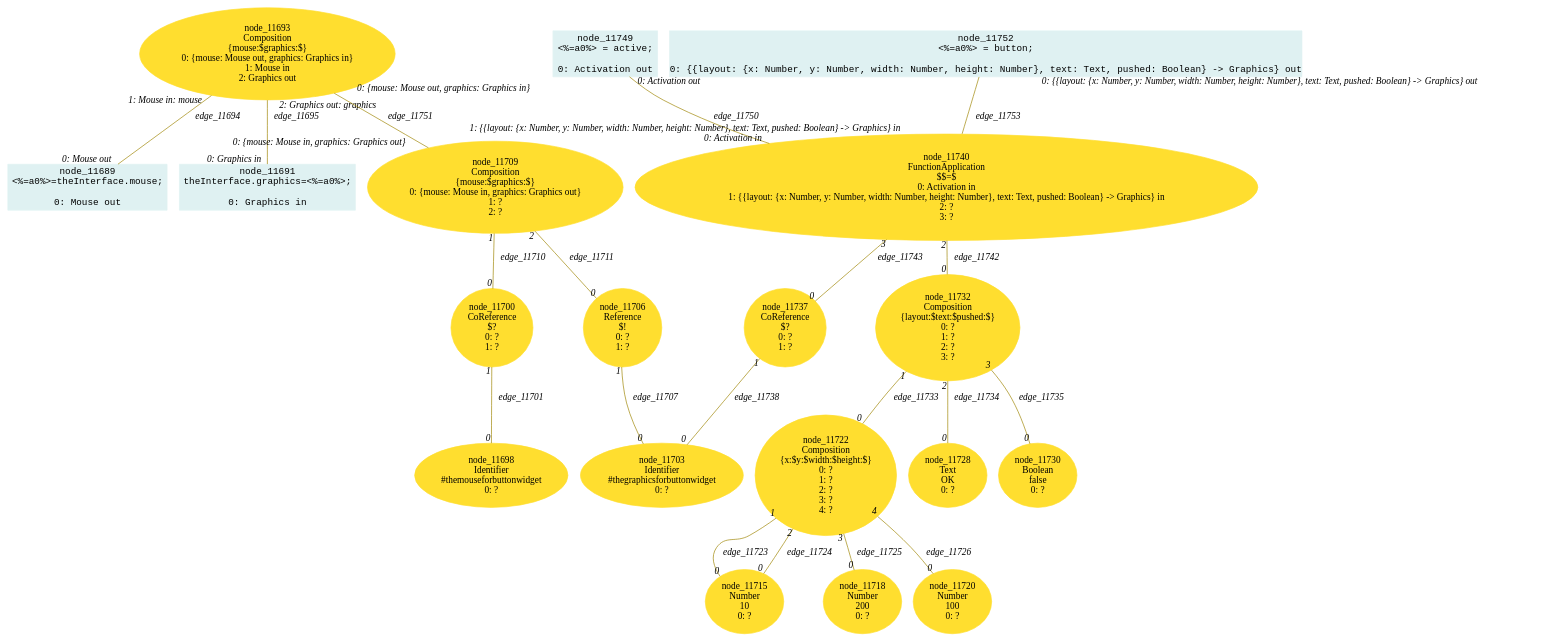
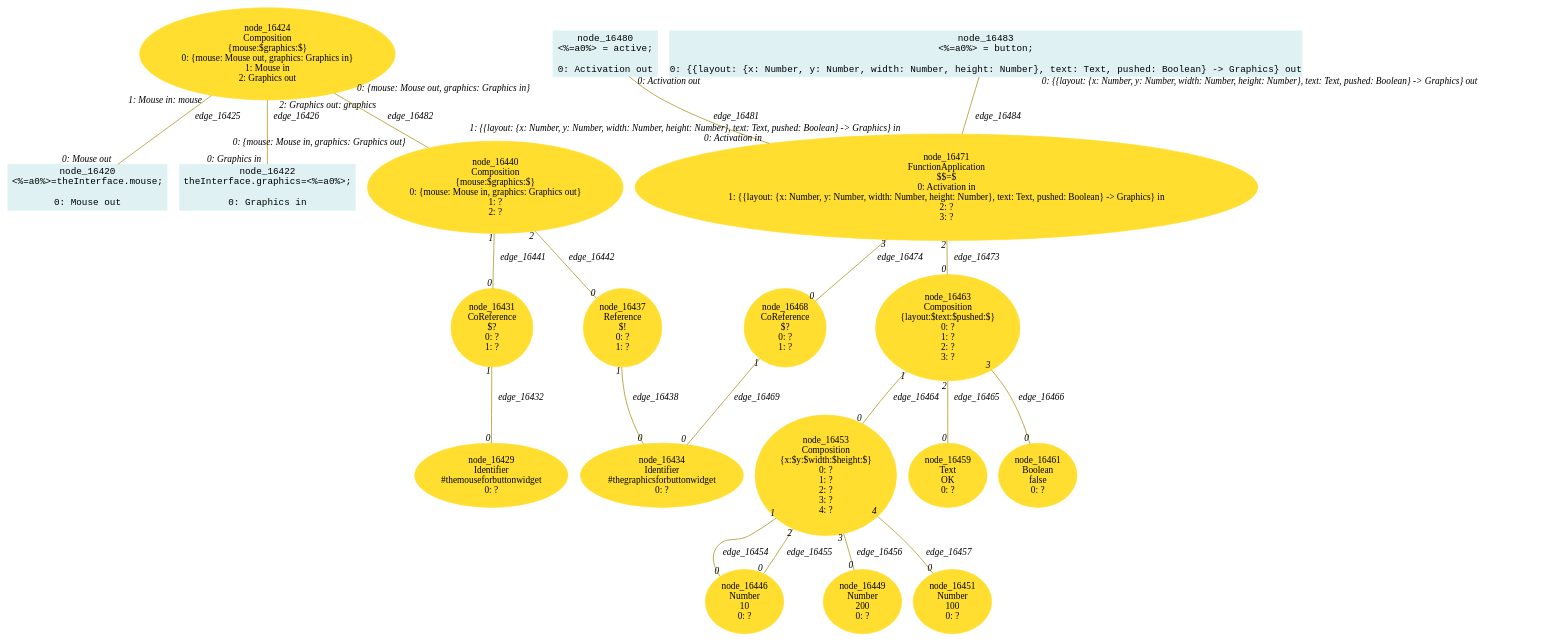
The diagram in lidl-core/example/ok/uiButton/dot/19createDataFlowDirection3.dot (crubier/lidl), drawn with Graphviz before and after one commit. The commit also changed 1656 other files, not shown here.

```diff
--- a/lidl-core/example/ok/uiButton/dot/19createDataFlowDirection3.dot
+++ b/lidl-core/example/ok/uiButton/dot/19createDataFlowDirection3.dot
@@ -1,113 +1,113 @@
-digraph g{node_11689 [shape="box", style="filled", color="#dff1f2", fontname="Courier", label="node_11689
+digraph g{node_16420 [shape="box", style="filled", color="#dff1f2", fontname="Courier", label="node_16420
 <%=a0%>=theInterface.mouse;
 
 0: Mouse out" ]
-node_11691 [shape="box", style="filled", color="#dff1f2", fontname="Courier", label="node_11691
+node_16422 [shape="box", style="filled", color="#dff1f2", fontname="Courier", label="node_16422
 theInterface.graphics=<%=a0%>;
 
 0: Graphics in" ]
-node_11693 [shape="ellipse", style="filled", color="#ffde2f", fontname="Times", label="node_11693
+node_16424 [shape="ellipse", style="filled", color="#ffde2f", fontname="Times", label="node_16424
 Composition
 {mouse:$graphics:$}
 0: {mouse: Mouse out, graphics: Graphics in}
 1: Mouse in
 2: Graphics out" ]
-node_11698 [shape="ellipse", style="filled", color="#ffde2f", fontname="Times", label="node_11698
+node_16429 [shape="ellipse", style="filled", color="#ffde2f", fontname="Times", label="node_16429
 Identifier
 #themouseforbuttonwidget
 0: ?" ]
-node_11700 [shape="ellipse", style="filled", color="#ffde2f", fontname="Times", label="node_11700
+node_16431 [shape="ellipse", style="filled", color="#ffde2f", fontname="Times", label="node_16431
 CoReference
 $?
 0: ?
 1: ?" ]
-node_11703 [shape="ellipse", style="filled", color="#ffde2f", fontname="Times", label="node_11703
+node_16434 [shape="ellipse", style="filled", color="#ffde2f", fontname="Times", label="node_16434
 Identifier
 #thegraphicsforbuttonwidget
 0: ?" ]
-node_11706 [shape="ellipse", style="filled", color="#ffde2f", fontname="Times", label="node_11706
+node_16437 [shape="ellipse", style="filled", color="#ffde2f", fontname="Times", label="node_16437
 Reference
 $!
 0: ?
 1: ?" ]
-node_11709 [shape="ellipse", style="filled", color="#ffde2f", fontname="Times", label="node_11709
+node_16440 [shape="ellipse", style="filled", color="#ffde2f", fontname="Times", label="node_16440
 Composition
 {mouse:$graphics:$}
 0: {mouse: Mouse in, graphics: Graphics out}
 1: ?
 2: ?" ]
-node_11715 [shape="ellipse", style="filled", color="#ffde2f", fontname="Times", label="node_11715
+node_16446 [shape="ellipse", style="filled", color="#ffde2f", fontname="Times", label="node_16446
 Number
 10
 0: ?" ]
-node_11718 [shape="ellipse", style="filled", color="#ffde2f", fontname="Times", label="node_11718
+node_16449 [shape="ellipse", style="filled", color="#ffde2f", fontname="Times", label="node_16449
 Number
 200
 0: ?" ]
-node_11720 [shape="ellipse", style="filled", color="#ffde2f", fontname="Times", label="node_11720
+node_16451 [shape="ellipse", style="filled", color="#ffde2f", fontname="Times", label="node_16451
 Number
 100
 0: ?" ]
-node_11722 [shape="ellipse", style="filled", color="#ffde2f", fontname="Times", label="node_11722
+node_16453 [shape="ellipse", style="filled", color="#ffde2f", fontname="Times", label="node_16453
 Composition
 {x:$y:$width:$height:$}
 0: ?
 1: ?
 2: ?
 3: ?
 4: ?" ]
-node_11728 [shape="ellipse", style="filled", color="#ffde2f", fontname="Times", label="node_11728
+node_16459 [shape="ellipse", style="filled", color="#ffde2f", fontname="Times", label="node_16459
 Text
 OK
 0: ?" ]
-node_11730 [shape="ellipse", style="filled", color="#ffde2f", fontname="Times", label="node_11730
+node_16461 [shape="ellipse", style="filled", color="#ffde2f", fontname="Times", label="node_16461
 Boolean
 false
 0: ?" ]
-node_11732 [shape="ellipse", style="filled", color="#ffde2f", fontname="Times", label="node_11732
+node_16463 [shape="ellipse", style="filled", color="#ffde2f", fontname="Times", label="node_16463
 Composition
 {layout:$text:$pushed:$}
 0: ?
 1: ?
 2: ?
 3: ?" ]
-node_11737 [shape="ellipse", style="filled", color="#ffde2f", fontname="Times", label="node_11737
+node_16468 [shape="ellipse", style="filled", color="#ffde2f", fontname="Times", label="node_16468
 CoReference
 $?
 0: ?
 1: ?" ]
-node_11740 [shape="ellipse", style="filled", color="#ffde2f", fontname="Times", label="node_11740
+node_16471 [shape="ellipse", style="filled", color="#ffde2f", fontname="Times", label="node_16471
 FunctionApplication
 $$=$
 0: Activation in
 1: {{layout: {x: Number, y: Number, width: Number, height: Number}, text: Text, pushed: Boolean} -> Graphics} in
 2: ?
 3: ?" ]
-node_11749 [shape="box", style="filled", color="#dff1f2", fontname="Courier", label="node_11749
+node_16480 [shape="box", style="filled", color="#dff1f2", fontname="Courier", label="node_16480
 <%=a0%> = active;
 
 0: Activation out" ]
-node_11752 [shape="box", style="filled", color="#dff1f2", fontname="Courier", label="node_11752
+node_16483 [shape="box", style="filled", color="#dff1f2", fontname="Courier", label="node_16483
 <%=a0%> = button;
 
 0: {{layout: {x: Number, y: Number, width: Number, height: Number}, text: Text, pushed: Boolean} -> Graphics} out" ]
-node_11693 -> node_11689 [dir=none, arrowHead=none, fontname="Times-Italic", arrowsize=1, color="#9d8400", label="edge_11694",  headlabel="0: Mouse out", taillabel="1: Mouse in: mouse" ]
-node_11693 -> node_11691 [dir=none, arrowHead=none, fontname="Times-Italic", arrowsize=1, color="#9d8400", label="edge_11695",  headlabel="0: Graphics in", taillabel="2: Graphics out: graphics" ]
-node_11700 -> node_11698 [dir=none, arrowHead=none, fontname="Times-Italic", arrowsize=1, color="#9d8400", label="edge_11701",  headlabel="0", taillabel="1" ]
-node_11706 -> node_11703 [dir=none, arrowHead=none, fontname="Times-Italic", arrowsize=1, color="#9d8400", label="edge_11707",  headlabel="0", taillabel="1" ]
-node_11709 -> node_11700 [dir=none, arrowHead=none, fontname="Times-Italic", arrowsize=1, color="#9d8400", label="edge_11710",  headlabel="0", taillabel="1" ]
-node_11709 -> node_11706 [dir=none, arrowHead=none, fontname="Times-Italic", arrowsize=1, color="#9d8400", label="edge_11711",  headlabel="0", taillabel="2" ]
-node_11722 -> node_11715 [dir=none, arrowHead=none, fontname="Times-Italic", arrowsize=1, color="#9d8400", label="edge_11723",  headlabel="0", taillabel="1" ]
-node_11722 -> node_11715 [dir=none, arrowHead=none, fontname="Times-Italic", arrowsize=1, color="#9d8400", label="edge_11724",  headlabel="0", taillabel="2" ]
-node_11722 -> node_11718 [dir=none, arrowHead=none, fontname="Times-Italic", arrowsize=1, color="#9d8400", label="edge_11725",  headlabel="0", taillabel="3" ]
-node_11722 -> node_11720 [dir=none, arrowHead=none, fontname="Times-Italic", arrowsize=1, color="#9d8400", label="edge_11726",  headlabel="0", taillabel="4" ]
-node_11732 -> node_11722 [dir=none, arrowHead=none, fontname="Times-Italic", arrowsize=1, color="#9d8400", label="edge_11733",  headlabel="0", taillabel="1" ]
-node_11732 -> node_11728 [dir=none, arrowHead=none, fontname="Times-Italic", arrowsize=1, color="#9d8400", label="edge_11734",  headlabel="0", taillabel="2" ]
-node_11732 -> node_11730 [dir=none, arrowHead=none, fontname="Times-Italic", arrowsize=1, color="#9d8400", label="edge_11735",  headlabel="0", taillabel="3" ]
-node_11737 -> node_11703 [dir=none, arrowHead=none, fontname="Times-Italic", arrowsize=1, color="#9d8400", label="edge_11738",  headlabel="0", taillabel="1" ]
-node_11740 -> node_11732 [dir=none, arrowHead=none, fontname="Times-Italic", arrowsize=1, color="#9d8400", label="edge_11742",  headlabel="0", taillabel="2" ]
-node_11740 -> node_11737 [dir=none, arrowHead=none, fontname="Times-Italic", arrowsize=1, color="#9d8400", label="edge_11743",  headlabel="0", taillabel="3" ]
-node_11749 -> node_11740 [dir=none, arrowHead=none, fontname="Times-Italic", arrowsize=1, color="#9d8400", label="edge_11750",  headlabel="0: Activation in", taillabel="0: Activation out" ]
-node_11693 -> node_11709 [dir=none, arrowHead=none, fontname="Times-Italic", arrowsize=1, color="#9d8400", label="edge_11751",  headlabel="0: {mouse: Mouse in, graphics: Graphics out}", taillabel="0: {mouse: Mouse out, graphics: Graphics in}" ]
-node_11752 -> node_11740 [dir=none, arrowHead=none, fontname="Times-Italic", arrowsize=1, color="#9d8400", label="edge_11753",  headlabel="1: {{layout: {x: Number, y: Number, width: Number, height: Number}, text: Text, pushed: Boolean} -> Graphics} in", taillabel="0: {{layout: {x: Number, y: Number, width: Number, height: Number}, text: Text, pushed: Boolean} -> Graphics} out" ]
+node_16424 -> node_16420 [dir=none, arrowHead=none, fontname="Times-Italic", arrowsize=1, color="#9d8400", label="edge_16425",  headlabel="0: Mouse out", taillabel="1: Mouse in: mouse" ]
+node_16424 -> node_16422 [dir=none, arrowHead=none, fontname="Times-Italic", arrowsize=1, color="#9d8400", label="edge_16426",  headlabel="0: Graphics in", taillabel="2: Graphics out: graphics" ]
+node_16431 -> node_16429 [dir=none, arrowHead=none, fontname="Times-Italic", arrowsize=1, color="#9d8400", label="edge_16432",  headlabel="0", taillabel="1" ]
+node_16437 -> node_16434 [dir=none, arrowHead=none, fontname="Times-Italic", arrowsize=1, color="#9d8400", label="edge_16438",  headlabel="0", taillabel="1" ]
+node_16440 -> node_16431 [dir=none, arrowHead=none, fontname="Times-Italic", arrowsize=1, color="#9d8400", label="edge_16441",  headlabel="0", taillabel="1" ]
+node_16440 -> node_16437 [dir=none, arrowHead=none, fontname="Times-Italic", arrowsize=1, color="#9d8400", label="edge_16442",  headlabel="0", taillabel="2" ]
+node_16453 -> node_16446 [dir=none, arrowHead=none, fontname="Times-Italic", arrowsize=1, color="#9d8400", label="edge_16454",  headlabel="0", taillabel="1" ]
+node_16453 -> node_16446 [dir=none, arrowHead=none, fontname="Times-Italic", arrowsize=1, color="#9d8400", label="edge_16455",  headlabel="0", taillabel="2" ]
+node_16453 -> node_16449 [dir=none, arrowHead=none, fontname="Times-Italic", arrowsize=1, color="#9d8400", label="edge_16456",  headlabel="0", taillabel="3" ]
+node_16453 -> node_16451 [dir=none, arrowHead=none, fontname="Times-Italic", arrowsize=1, color="#9d8400", label="edge_16457",  headlabel="0", taillabel="4" ]
+node_16463 -> node_16453 [dir=none, arrowHead=none, fontname="Times-Italic", arrowsize=1, color="#9d8400", label="edge_16464",  headlabel="0", taillabel="1" ]
+node_16463 -> node_16459 [dir=none, arrowHead=none, fontname="Times-Italic", arrowsize=1, color="#9d8400", label="edge_16465",  headlabel="0", taillabel="2" ]
+node_16463 -> node_16461 [dir=none, arrowHead=none, fontname="Times-Italic", arrowsize=1, color="#9d8400", label="edge_16466",  headlabel="0", taillabel="3" ]
+node_16468 -> node_16434 [dir=none, arrowHead=none, fontname="Times-Italic", arrowsize=1, color="#9d8400", label="edge_16469",  headlabel="0", taillabel="1" ]
+node_16471 -> node_16463 [dir=none, arrowHead=none, fontname="Times-Italic", arrowsize=1, color="#9d8400", label="edge_16473",  headlabel="0", taillabel="2" ]
+node_16471 -> node_16468 [dir=none, arrowHead=none, fontname="Times-Italic", arrowsize=1, color="#9d8400", label="edge_16474",  headlabel="0", taillabel="3" ]
+node_16480 -> node_16471 [dir=none, arrowHead=none, fontname="Times-Italic", arrowsize=1, color="#9d8400", label="edge_16481",  headlabel="0: Activation in", taillabel="0: Activation out" ]
+node_16424 -> node_16440 [dir=none, arrowHead=none, fontname="Times-Italic", arrowsize=1, color="#9d8400", label="edge_16482",  headlabel="0: {mouse: Mouse in, graphics: Graphics out}", taillabel="0: {mouse: Mouse out, graphics: Graphics in}" ]
+node_16483 -> node_16471 [dir=none, arrowHead=none, fontname="Times-Italic", arrowsize=1, color="#9d8400", label="edge_16484",  headlabel="1: {{layout: {x: Number, y: Number, width: Number, height: Number}, text: Text, pushed: Boolean} -> Graphics} in", taillabel="0: {{layout: {x: Number, y: Number, width: Number, height: Number}, text: Text, pushed: Boolean} -> Graphics} out" ]
 }
```
